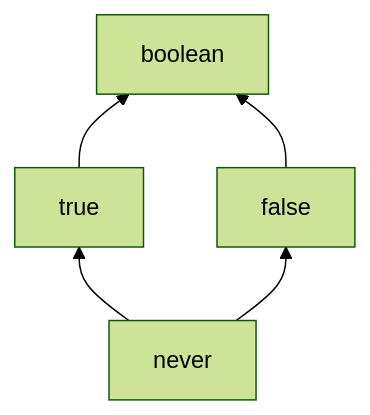
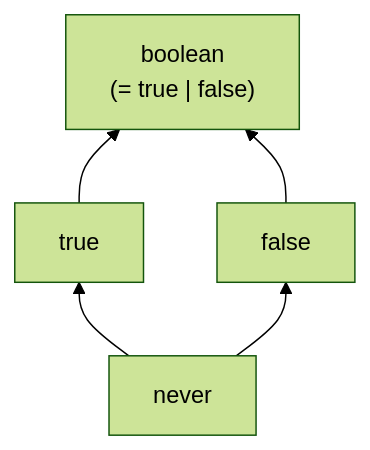
The fifth of 24 diagrams in books/algebraic-subtyping-models/6-ast-set-theoretic-model.md (yo-goto/zenn-public-repo), drawn with Mermaid (forest theme) before and after one commit. The commit also changed other lines of this file, not shown here.

````diff
--- a/books/algebraic-subtyping-models/6-ast-set-theoretic-model.md
+++ b/books/algebraic-subtyping-models/6-ast-set-theoretic-model.md
@@ -353,8 +370,8 @@
 ```mermaid
 graph BT
 Bot["never"]
 T["true"]
 F["false"]
-Top["boolean"]
+Top["boolean \n (= true | false)"]
 Bot --> T & F --> Top
 ```
````
